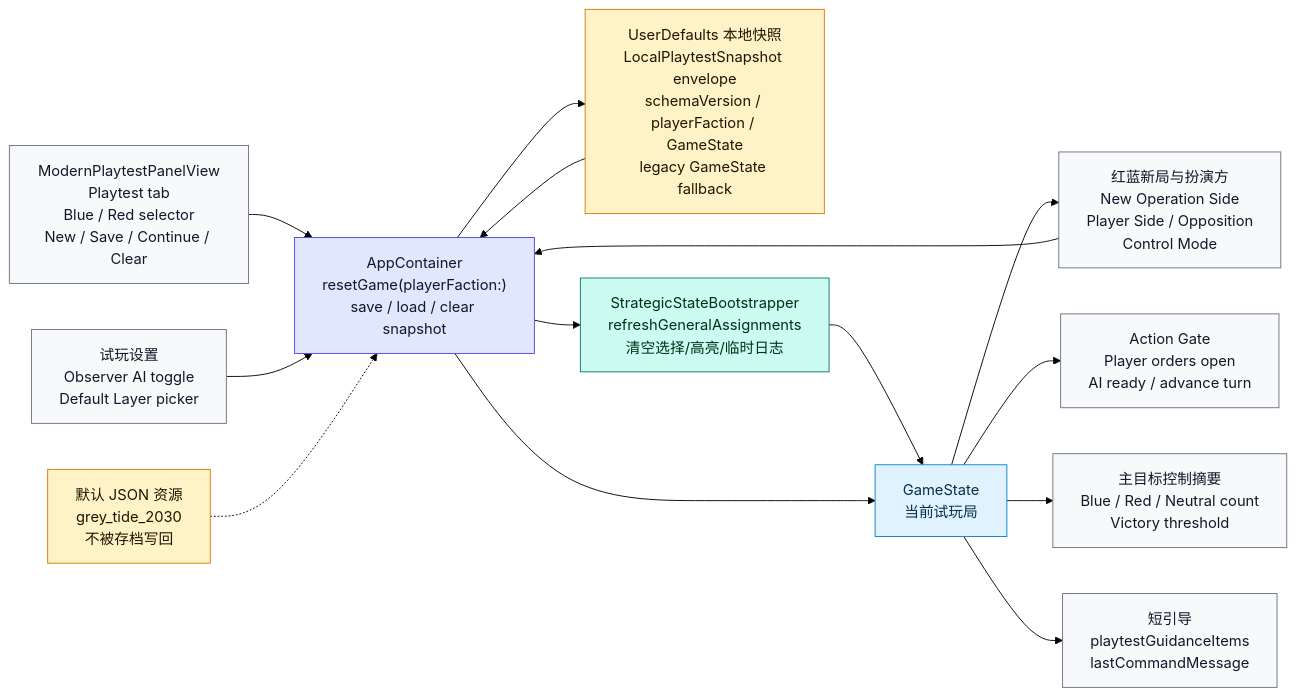
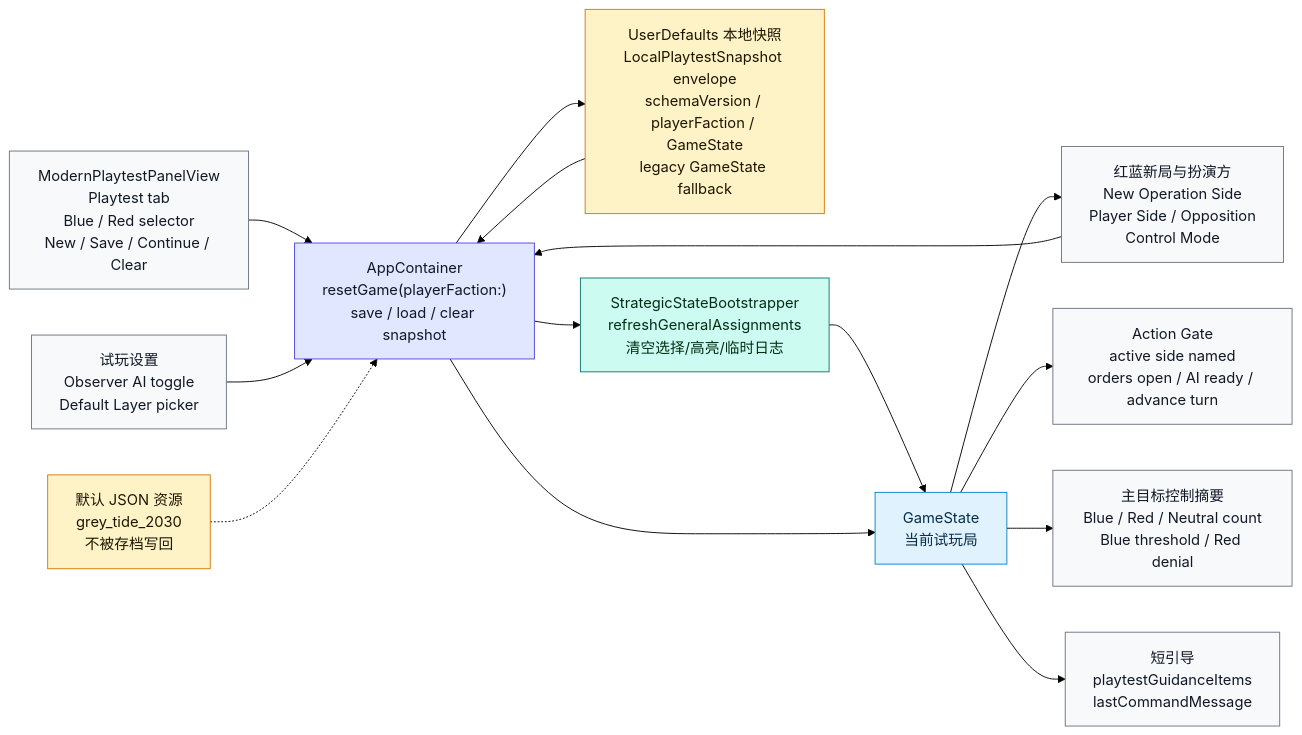
One commit to Altman-sam114/127 changed diagram 11 of 20 in md/flow/flowchart.md. Above: the diagram before and after it, drawn with Mermaid (forest theme). The commit also changed other lines of this file and 8 other files, not shown here.

````diff
--- a/md/flow/flowchart.md
+++ b/md/flow/flowchart.md
@@ -323,32 +323,32 @@
 ```mermaid
 flowchart LR
     UI["ModernPlaytestPanelView<br/>Playtest tab<br/>Blue / Red selector<br/>New / Save / Continue / Clear"]:::display
     SETTINGS["试玩设置<br/>Observer AI toggle<br/>Default Layer picker"]:::display
     ROLE["红蓝新局与扮演方<br/>New Operation Side<br/>Player Side / Opposition<br/>Control Mode"]:::display
-    GATE["Action Gate<br/>Player orders open<br/>AI ready / advance turn"]:::display
-    OBJECTIVE["主目标控制摘要<br/>Blue / Red / Neutral count<br/>Victory threshold"]:::display
+    GATE["Action Gate<br/>active side named<br/>orders open / AI ready / advance turn"]:::display
+    OBJECTIVE["主目标控制摘要<br/>Blue / Red / Neutral count<br/>Blue threshold / Red denial"]:::display
     GUIDE["短引导<br/>playtestGuidanceItems<br/>lastCommandMessage"]:::display
     APP["AppContainer<br/>resetGame(playerFaction:)<br/>save / load / clear snapshot"]:::app
     SNAP["UserDefaults 本地快照<br/>LocalPlaytestSnapshot envelope<br/>schemaVersion / playerFaction / GameState<br/>legacy GameState fallback"]:::data
     BOOT["StrategicStateBootstrapper<br/>refreshGeneralAssignments<br/>清空选择/高亮/临时日志"]:::rules
     STATE["GameState<br/>当前试玩局"]:::state
     RES["默认 JSON 资源<br/>grey_tide_2030<br/>不被存档写回"]:::data
 
     UI --> APP
     SETTINGS --> APP
     ROLE --> APP
     STATE --> ROLE
     STATE --> GATE
     STATE --> OBJECTIVE
     STATE --> GUIDE
     APP --> SNAP
     SNAP --> APP --> BOOT --> STATE
     APP --> STATE
     RES -.-> APP
 
     classDef display fill:#f8f9fb,stroke:#6b7280,color:#111827
     classDef app fill:#e0e7ff,stroke:#4f46e5,color:#111827
     classDef data fill:#fef3c7,stroke:#d97706,color:#1f1600
     classDef rules fill:#ccfbf1,stroke:#0f766e,color:#052e16
     classDef state fill:#e0f2fe,stroke:#0284c7,color:#082f49
 ```
````
